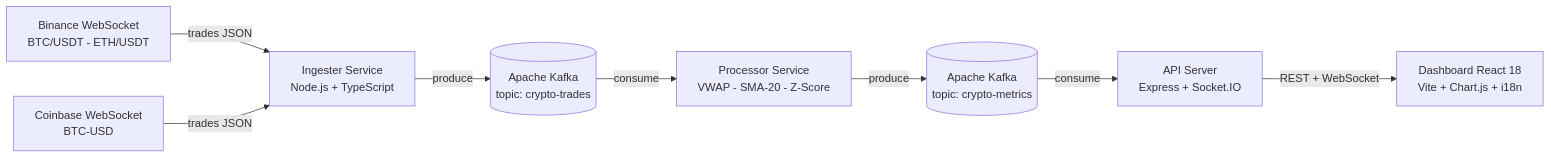
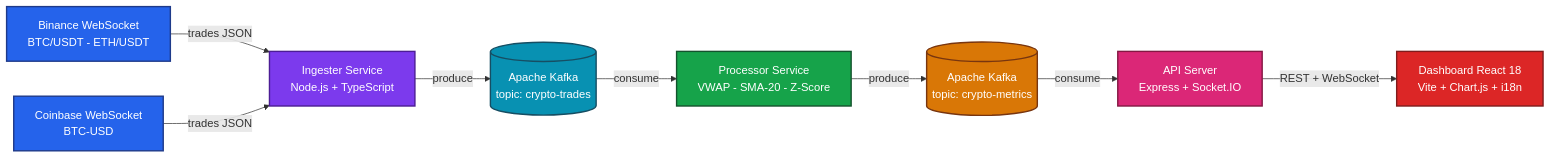
One commit to Adam-Blf/crypto-market-monitor changed the diagram in README.md. Above: the diagram before and after it, drawn with Mermaid.

Commit message:
docs: add colors to mermaid diagrams (#16)
Each node gets a palette class (by subgraph or by flow depth), subgraphs are tinted, non-flowchart diagrams use a colored base theme. Validated by rendering every diagram before and after.

````diff
--- a/README.md
+++ b/README.md
@@ -42,10 +42,25 @@
 ```mermaid
 graph LR
     B["Binance WebSocket<br/>BTC/USDT - ETH/USDT"] -->|trades JSON| ING["Ingester Service<br/>Node.js + TypeScript"]
     C["Coinbase WebSocket<br/>BTC-USD"] -->|trades JSON| ING
     ING -->|produce| K[("Apache Kafka<br/>topic: crypto-trades")]
     K -->|consume| PROC["Processor Service<br/>VWAP - SMA-20 - Z-Score"]
     PROC -->|produce| K2[("Apache Kafka<br/>topic: crypto-metrics")]
     K2 -->|consume| API["API Server<br/>Express + Socket.IO"]
     API -->|REST + WebSocket| DASH["Dashboard React 18<br/>Vite + Chart.js + i18n"]
+
+    classDef c0 fill:#2563eb,stroke:#1e3a8a,stroke-width:2px,color:#ffffff
+    classDef c1 fill:#7c3aed,stroke:#4c1d95,stroke-width:2px,color:#ffffff
+    classDef c2 fill:#0891b2,stroke:#164e63,stroke-width:2px,color:#ffffff
+    classDef c3 fill:#16a34a,stroke:#14532d,stroke-width:2px,color:#ffffff
+    classDef c4 fill:#d97706,stroke:#78350f,stroke-width:2px,color:#ffffff
+    classDef c5 fill:#db2777,stroke:#831843,stroke-width:2px,color:#ffffff
+    classDef c6 fill:#dc2626,stroke:#7f1d1d,stroke-width:2px,color:#ffffff
+    class B,C c0
+    class ING c1
+    class K c2
+    class PROC c3
+    class K2 c4
+    class API c5
+    class DASH c6
 ```
````
